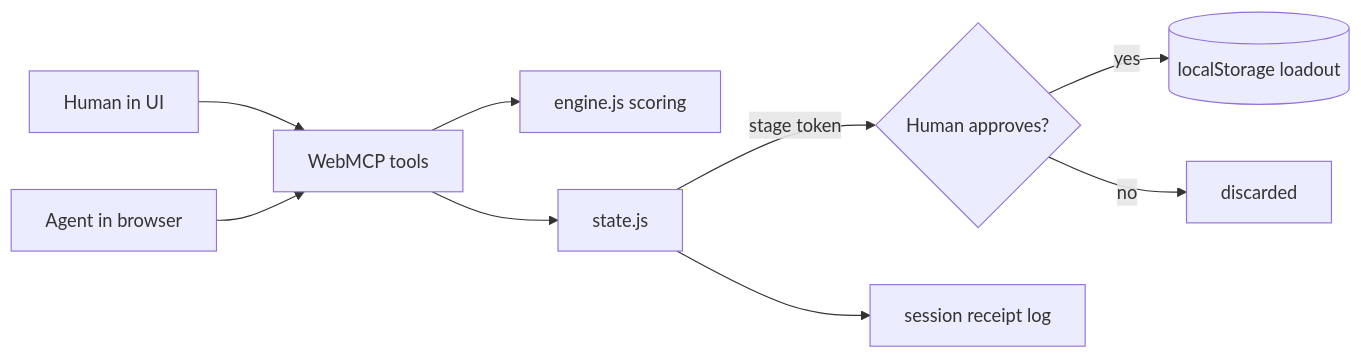
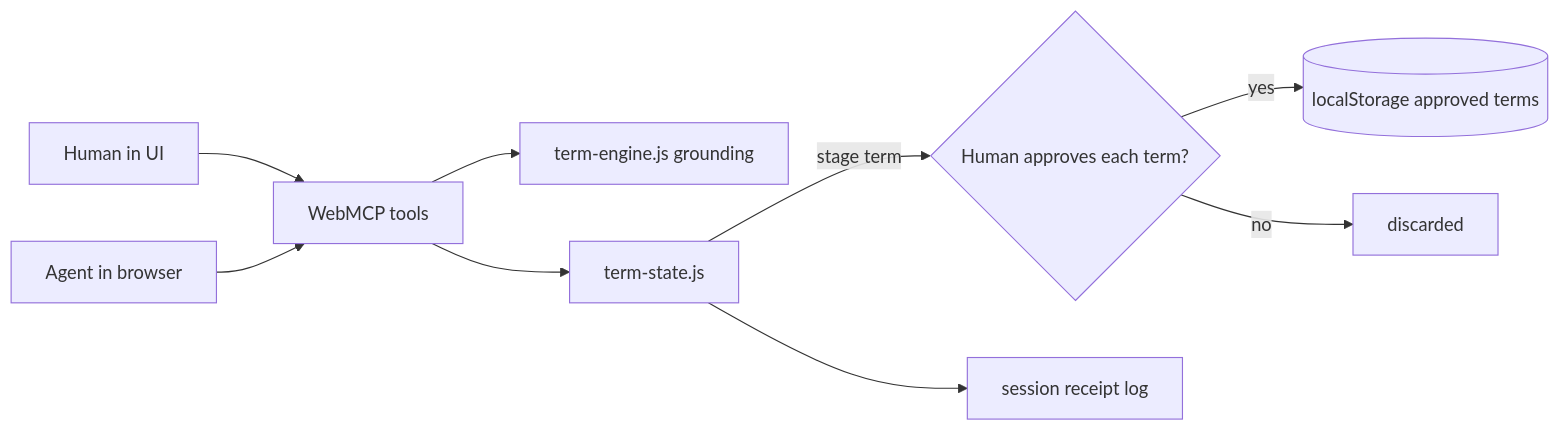
One commit to blockballr/termlens changed the diagram in docs/architecture.md. Above: the diagram before and after it, drawn with Mermaid. The commit also changed other lines of this file and 15 other files, not shown here.

````diff
--- a/docs/architecture.md
+++ b/docs/architecture.md
@@ -29,11 +29,11 @@
 ```mermaid
 flowchart LR
   H[Human in UI] --> T[WebMCP tools]
   A[Agent in browser] --> T
-  T --> E[engine.js scoring]
-  T --> S[state.js]
-  S -->|stage token| G{Human approves?}
-  G -->|yes| W[(localStorage loadout)]
+  T --> E[term-engine.js grounding]
+  T --> S[term-state.js]
+  S -->|stage term| G{Human approves each term?}
+  G -->|yes| W[(localStorage approved terms)]
   G -->|no| D[discarded]
   S --> R[session receipt log]
 ```
````
